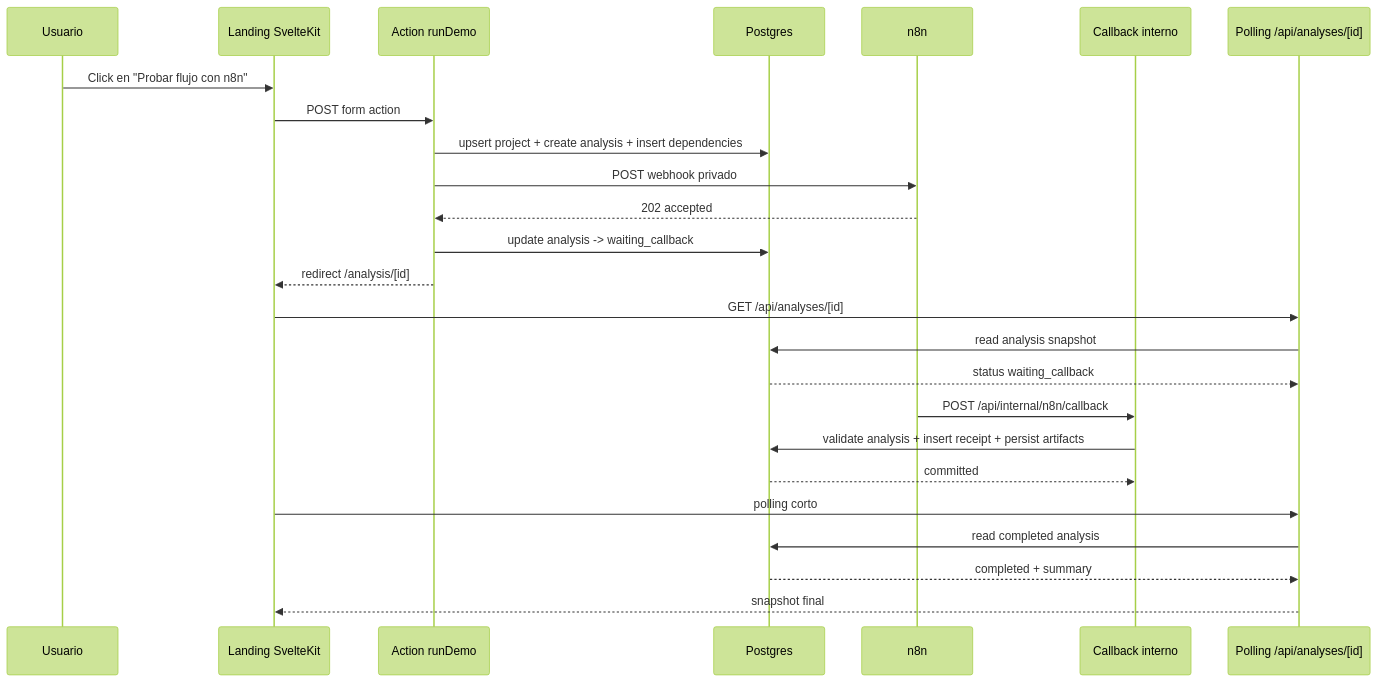
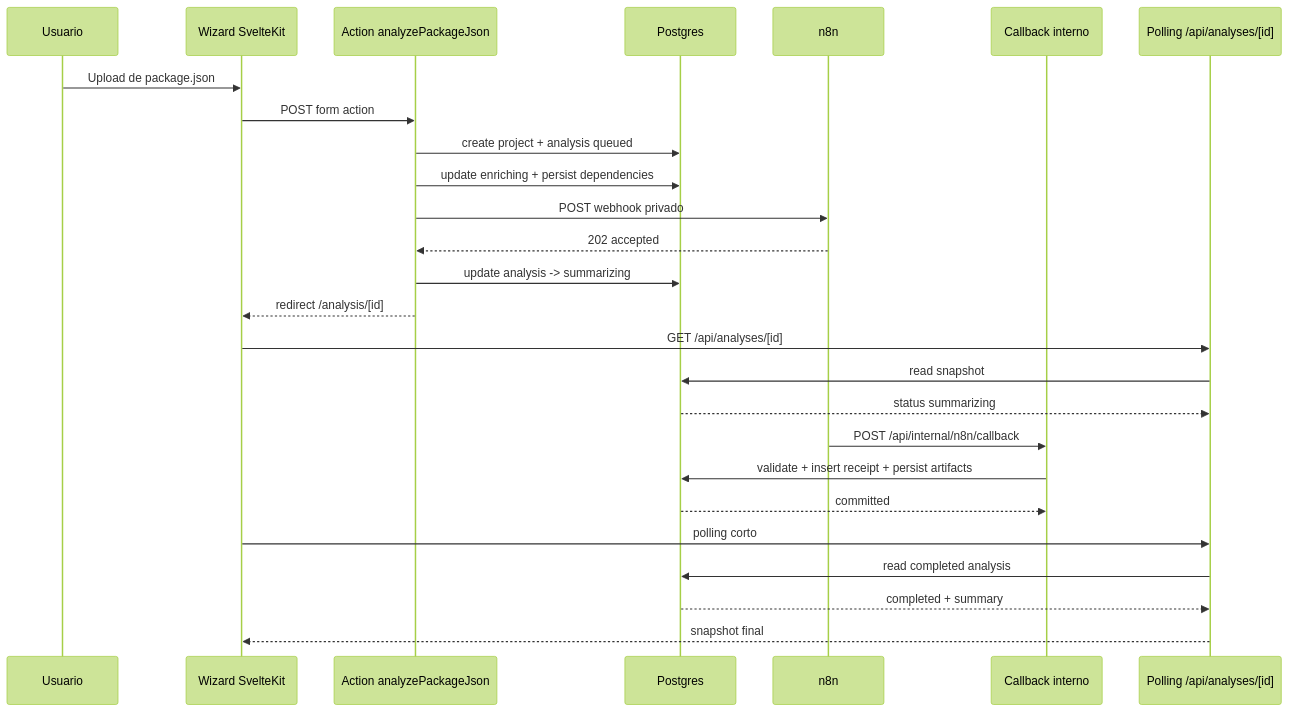
One commit to JaMinsane/package-version-wizard changed the second of 2 diagrams in BD.md. Above: the diagram before and after it, drawn with Mermaid (forest theme). The commit also changed other lines of this file and 17 other files, not shown here.

Commit message:
feat: convertir la demo en el flujo real de análisis de dependencias

````diff
--- a/BD.md
+++ b/BD.md
@@ -181,28 +189,29 @@
 ```mermaid
 sequenceDiagram
     participant U as Usuario
-    participant W as Landing SvelteKit
-    participant A as Action runDemo
+    participant W as Wizard SvelteKit
+    participant A as Action analyzePackageJson
     participant DB as Postgres
     participant N as n8n
     participant C as Callback interno
     participant P as Polling /api/analyses/[id]
 
-    U->>W: Click en "Probar flujo con n8n"
+    U->>W: Upload de package.json
     W->>A: POST form action
-    A->>DB: upsert project + create analysis + insert dependencies
+    A->>DB: create project + analysis queued
+    A->>DB: update enriching + persist dependencies
     A->>N: POST webhook privado
     N-->>A: 202 accepted
-    A->>DB: update analysis -> waiting_callback
+    A->>DB: update analysis -> summarizing
     A-->>W: redirect /analysis/[id]
     W->>P: GET /api/analyses/[id]
-    P->>DB: read analysis snapshot
-    DB-->>P: status waiting_callback
+    P->>DB: read snapshot
+    DB-->>P: status summarizing
     N->>C: POST /api/internal/n8n/callback
-    C->>DB: validate analysis + insert receipt + persist artifacts
+    C->>DB: validate + insert receipt + persist artifacts
     DB-->>C: committed
     W->>P: polling corto
     P->>DB: read completed analysis
     DB-->>P: completed + summary
     P-->>W: snapshot final
 ```
````
